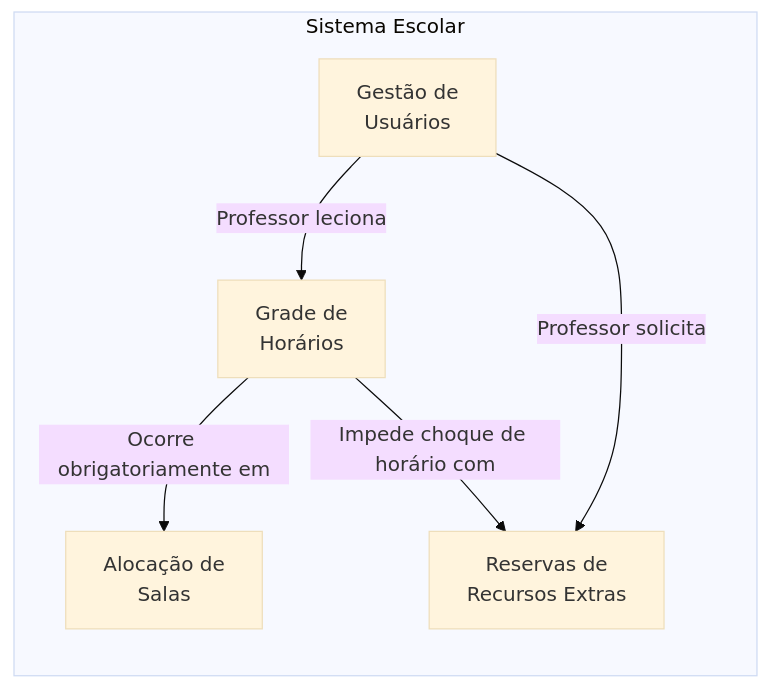
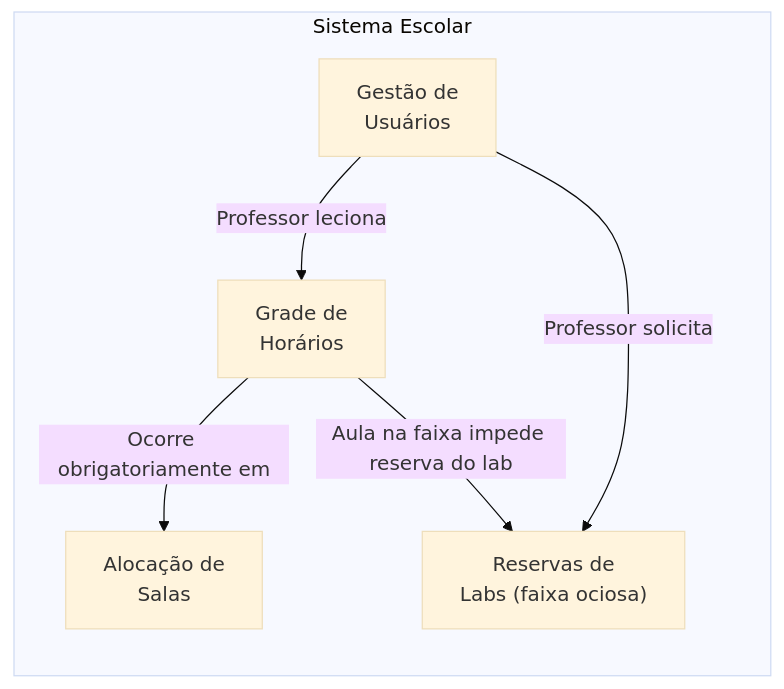
One commit to Victorhugowille/ProjetoFinal_AASC changed the fourth of 4 diagrams in trabalho_arquitetura_escola.md. Above: the diagram before and after it, drawn with Mermaid (base theme). The commit also changed other lines of this file and 2 other files, not shown here.

````diff
--- a/trabalho_arquitetura_escola.md
+++ b/trabalho_arquitetura_escola.md
@@ -119,14 +119,14 @@
 ```mermaid
 flowchart LR
     subgraph SistemaEscolar ["Sistema Escolar"]
         Usuarios["Gestão de\nUsuários"]
         Grade["Grade de\nHorários"]
         Salas["Alocação de\nSalas"]
-        Reservas["Reservas de\nRecursos Extras"]
+        Reservas["Reservas de\nLabs (faixa ociosa)"]
     end
 
     Usuarios -->|Professor leciona| Grade
     Grade -->|Ocorre obrigatoriamente em| Salas
     Usuarios -->|Professor solicita| Reservas
-    Grade -->|Impede choque de horário com| Reservas
+    Grade -->|Aula na faixa impede reserva do lab| Reservas
 ```
````
